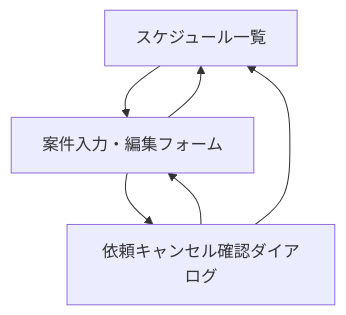
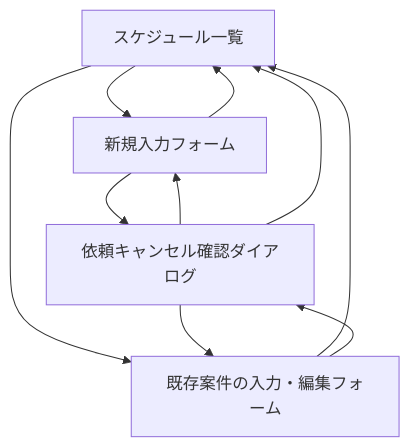
One commit to yuya-dev-dev/schedule-system changed the diagram in docs/screen-list.md. Above: the diagram before and after it, drawn with Mermaid. The commit also changed other lines of this file and 6 other files, not shown here.

````diff
--- a/docs/screen-list.md
+++ b/docs/screen-list.md
@@ -95,8 +99,12 @@
 ```mermaid
 flowchart TD
-    A["スケジュール一覧"] --> B["案件入力・編集フォーム"]
+    A["スケジュール一覧"] --> B["新規入力フォーム"]
+    A --> C["既存案件の入力・編集フォーム"]
     B --> A
-    B --> C["依頼キャンセル確認ダイアログ"]
-    C --> B
     C --> A
+    B --> D["依頼キャンセル確認ダイアログ"]
+    C --> D
+    D --> B
+    D --> C
+    D --> A
 ```
````
